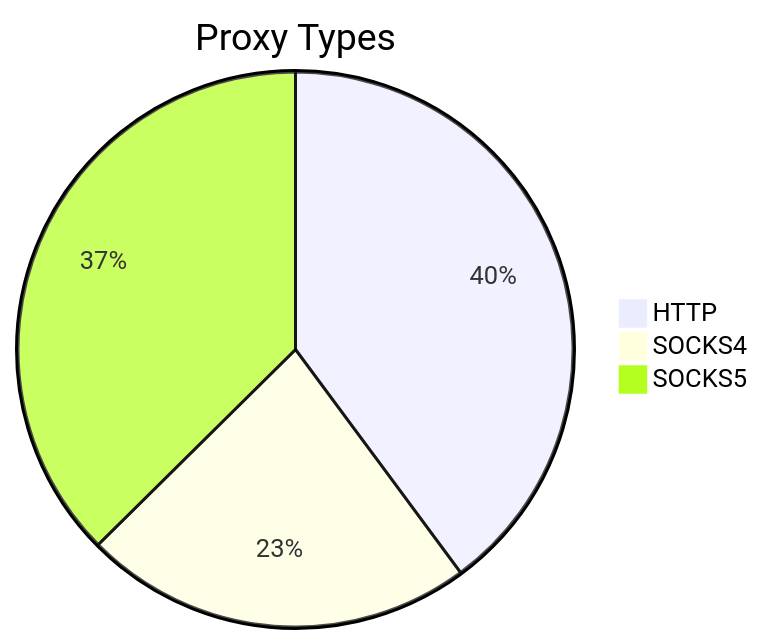
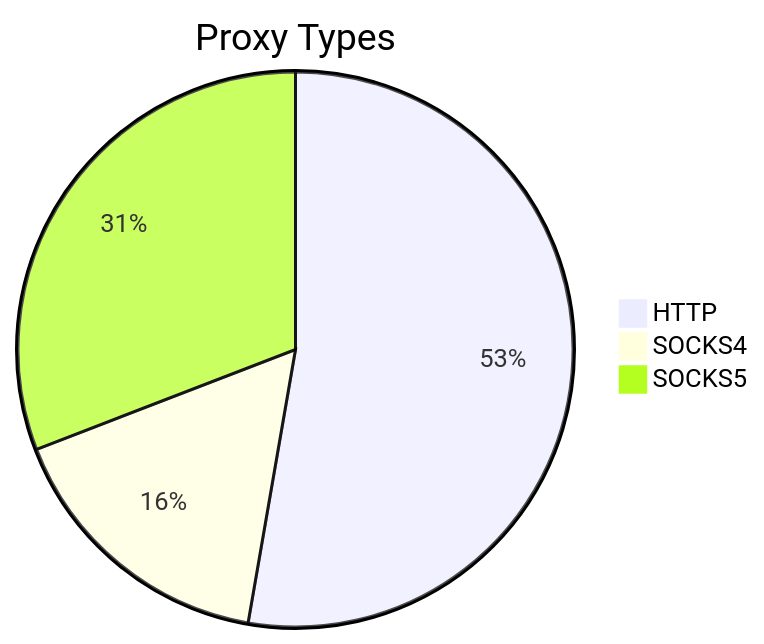
One commit to stormsia/proxy-list changed the first of 2 diagrams in README.md. Above: the diagram before and after it, drawn with Mermaid. The commit also changed other lines of this file, not shown here.

````diff
--- a/README.md
+++ b/README.md
@@ -21,6 +21,6 @@
 ```mermaid
 pie title Proxy Types
-    "HTTP" : 114
-    "SOCKS4" : 65
-    "SOCKS5" : 107
+    "HTTP" : 135
+    "SOCKS4" : 42
+    "SOCKS5" : 79
 ```
````
